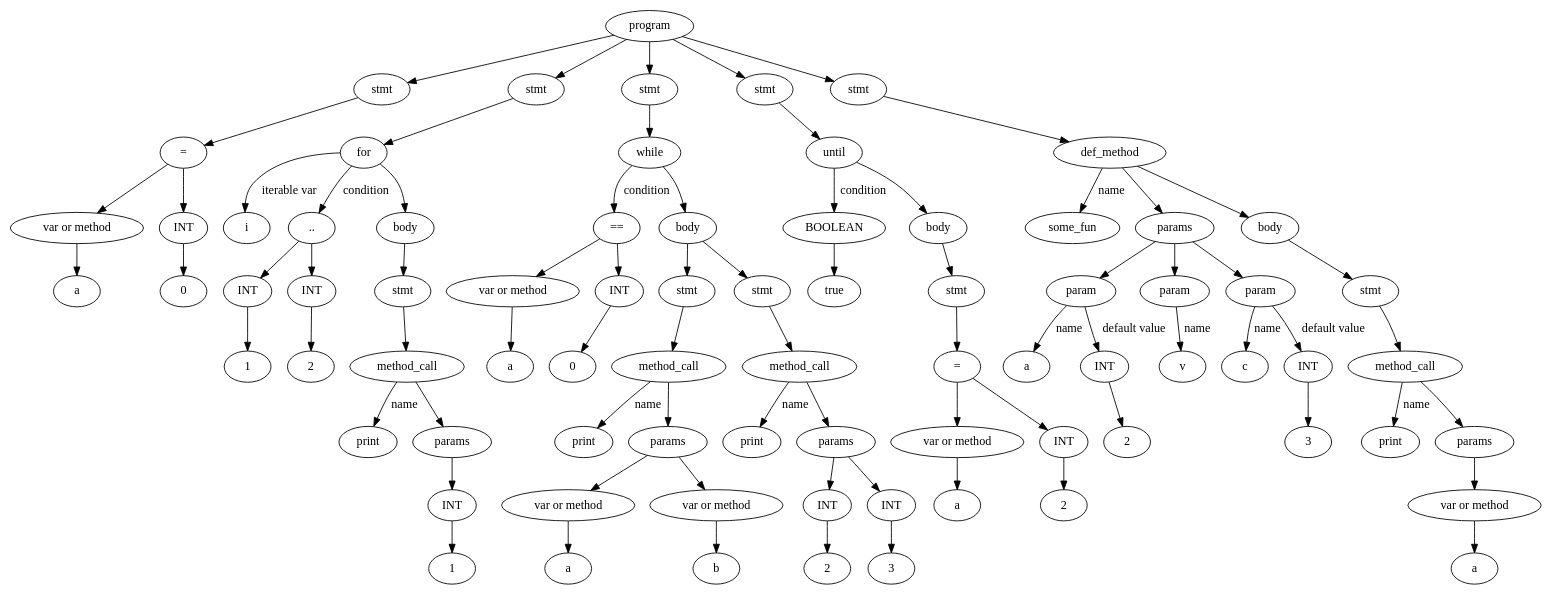
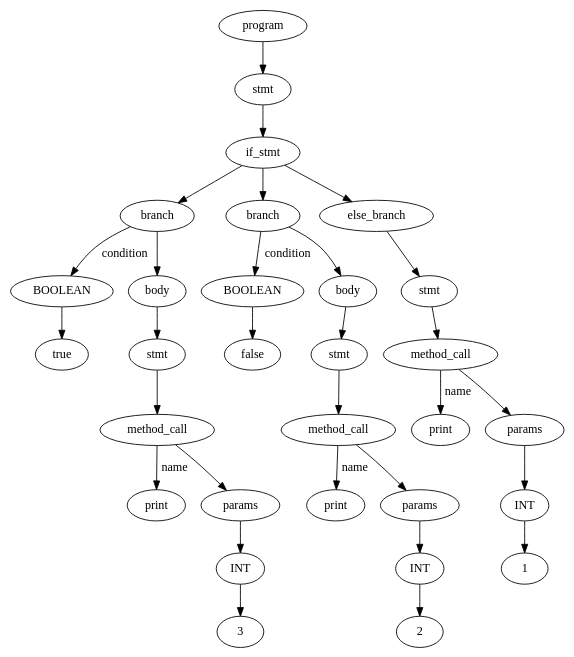
Before and after one commit to Kulakov-Nikita/RubyCompiler: the diagram in RubyCompiler/tree.dot, drawn with Graphviz. The commit also changed 2 other files, not shown here.

```diff
--- a/RubyCompiler/tree.dot
+++ b/RubyCompiler/tree.dot
@@ -1,157 +1,61 @@
 digraph G {
-Id00B442E8 [label="program"]
-Id00B304D0 [label="stmt"]
-Id00B3F048 [label="="]
-Id00B39B00 [label="var or method"]
-IdVal00B39B00 [label="a"]
-Id00B39B00->IdVal00B39B00
-Id00B39B50 [label="INT"]
-IdVal00B39B50 [label="0"]
-Id00B39B50->IdVal00B39B50
-Id00B3F048->Id00B39B00
-Id00B3F048->Id00B39B50
-Id00B304D0->Id00B3F048
-Id00B442E8->Id00B304D0
-Id00B42270 [label="stmt"]
-Id00B42C40 [label="for"]
-IdItersName00B42C40 [label="i"]
-Id00B42C40->IdItersName00B42C40  [label="iterable var"]
-Id00B42310 [label=".."]
-Id00B42770 [label="INT"]
-IdVal00B42770 [label="1"]
-Id00B42770->IdVal00B42770
-Id00B41FF0 [label="INT"]
-IdVal00B41FF0 [label="2"]
-Id00B41FF0->IdVal00B41FF0
-Id00B42310->Id00B42770
-Id00B42310->Id00B41FF0
-Id00B42C40->Id00B42310  [label="condition"]
-IdBody00B42C40 [label="body"]
-Id00B424F0 [label="stmt"]
-Id00B424A0 [label="method_call"]
-IdMethodNameVal00B424A0 [label="print"]
-Id00B424A0->IdMethodNameVal00B424A0 [label="name"]
-Id00B42BD0 [label="params"]
-Id00B424A0->Id00B42BD0
-Id00B42090 [label="INT"]
-IdVal00B42090 [label="1"]
-Id00B42090->IdVal00B42090
-Id00B42BD0->Id00B42090
-Id00B424F0->Id00B424A0
-IdBody00B42C40->Id00B424F0
-Id00B42C40->IdBody00B42C40
-Id00B42270->Id00B42C40
-Id00B442E8->Id00B42270
-Id00B426D0 [label="stmt"]
-Id00B42E10 [label="while"]
-Id00B420E0 [label="=="]
-Id00B42040 [label="var or method"]
-IdVal00B42040 [label="a"]
-Id00B42040->IdVal00B42040
-Id00B42400 [label="INT"]
-IdVal00B42400 [label="0"]
-Id00B42400->IdVal00B42400
-Id00B420E0->Id00B42040
-Id00B420E0->Id00B42400
-Id00B42E10->Id00B420E0 [label="condition"]
-Id00B42DB0 [label="body"]
-Id00B42E10->Id00B42DB0
-Id00B42540 [label="stmt"]
-Id00B42360 [label="method_call"]
-IdMethodNameVal00B42360 [label="print"]
-Id00B42360->IdMethodNameVal00B42360 [label="name"]
-Id00B42D10 [label="params"]
-Id00B42360->Id00B42D10
-Id00B42590 [label="var or method"]
-IdVal00B42590 [label="a"]
-Id00B42590->IdVal00B42590
-Id00B42D10->Id00B42590
-Id00B422C0 [label="var or method"]
-IdVal00B422C0 [label="b"]
-Id00B422C0->IdVal00B422C0
-Id00B42D10->Id00B422C0
-Id00B42540->Id00B42360
-Id00B42DB0->Id00B42540
-Id00B42680 [label="stmt"]
-Id00B42630 [label="method_call"]
-IdMethodNameVal00B42630 [label="print"]
-Id00B42630->IdMethodNameVal00B42630 [label="name"]
-Id00B43120 [label="params"]
-Id00B42630->Id00B43120
-Id00B425E0 [label="INT"]
-IdVal00B425E0 [label="2"]
-Id00B425E0->IdVal00B425E0
-Id00B43120->Id00B425E0
-Id00B42450 [label="INT"]
-IdVal00B42450 [label="3"]
-Id00B42450->IdVal00B42450
-Id00B43120->Id00B42450
-Id00B42680->Id00B42630
-Id00B42DB0->Id00B42680
-Id00B426D0->Id00B42E10
-Id00B442E8->Id00B426D0
-Id00B42220 [label="stmt"]
-Id00B43040 [label="until"]
-Id00B423B0 [label="BOOLEAN"]
-IdVal00B423B0 [label="true"]
-Id00B423B0->IdVal00B423B0
-Id00B43040->Id00B423B0 [label="condition"]
-Id00B43008 [label="body"]
-Id00B43040->Id00B43008
-Id00B421D0 [label="stmt"]
-Id00B42180 [label="="]
-Id00B42130 [label="var or method"]
-IdVal00B42130 [label="a"]
-Id00B42130->IdVal00B42130
-Id00B42720 [label="INT"]
-IdVal00B42720 [label="2"]
-Id00B42720->IdVal00B42720
-Id00B42180->Id00B42130
-Id00B42180->Id00B42720
-Id00B421D0->Id00B42180
-Id00B43008->Id00B421D0
-Id00B42220->Id00B43040
-Id00B442E8->Id00B42220
-Id00B43780 [label="stmt"]
-Id00B43190 [label="def_method"]
-IdName00B43190 [label="some_fun"]
-Id00B43190->IdName00B43190 [label = "name"]
-Id00B42E48 [label="params"]
-Id00B42EB8 [label="param"]
-Id00B42E48->Id00B42EB8
-IdNameVal00B42EB8 [label="a"]
-Id00B42EB8->IdNameVal00B42EB8 [label="name"]
-Id00B43B40 [label="INT"]
-IdVal00B43B40 [label="2"]
-Id00B43B40->IdVal00B43B40
-Id00B42EB8->Id00B43B40 [label="default value"]
-Id00B43078 [label="param"]
-Id00B42E48->Id00B43078
-IdNameVal00B43078 [label="v"]
-Id00B43078->IdNameVal00B43078 [label="name"]
-Id00B430B0 [label="param"]
-Id00B42E48->Id00B430B0
-IdNameVal00B430B0 [label="c"]
-Id00B430B0->IdNameVal00B430B0 [label="name"]
-Id00B437D0 [label="INT"]
-IdVal00B437D0 [label="3"]
-Id00B437D0->IdVal00B437D0
-Id00B430B0->Id00B437D0 [label="default value"]
-Id00B43190->Id00B42E48
-Id00B42F98 [label="body"]
-Id00B43C30 [label="stmt"]
-Id00B43320 [label="method_call"]
-IdMethodNameVal00B43320 [label="print"]
-Id00B43320->IdMethodNameVal00B43320 [label="name"]
-Id00B42F28 [label="params"]
-Id00B43320->Id00B42F28
-Id00B43820 [label="var or method"]
-IdVal00B43820 [label="a"]
-Id00B43820->IdVal00B43820
-Id00B42F28->Id00B43820
-Id00B43C30->Id00B43320
-Id00B42F98->Id00B43C30
-Id00B43190->Id00B42F98
-Id00B43780->Id00B43190
-Id00B442E8->Id00B43780
+Id011B9AE0 [label="program"]
+Id011C21A0 [label="stmt"]
+Id011C2F80 [label="if_stmt"]
+Id011B9AA8 [label="branch"]
+Id011B98C0 [label="BOOLEAN"]
+IdVal011B98C0 [label="true"]
+Id011B98C0->IdVal011B98C0
+Id011B9AA8->Id011B98C0  [label="condition"]
+IdBody011B9AA8 [label="body"]
+Id011B9A20 [label="stmt"]
+Id011B99D0 [label="method_call"]
+IdMethodNameVal011B99D0 [label="print"]
+Id011B99D0->IdMethodNameVal011B99D0 [label="name"]
+Id011B9998 [label="params"]
+Id011B99D0->Id011B9998
+Id011B9948 [label="INT"]
+IdVal011B9948 [label="3"]
+Id011B9948->IdVal011B9948
+Id011B9998->Id011B9948
+Id011B9A20->Id011B99D0
+IdBody011B9AA8->Id011B9A20
+Id011B9AA8->IdBody011B9AA8
+Id011C2F80->Id011B9AA8
+Id011B0578 [label="branch"]
+Id011C20B0 [label="BOOLEAN"]
+IdVal011C20B0 [label="false"]
+Id011C20B0->IdVal011C20B0
+Id011B0578->Id011C20B0  [label="condition"]
+IdBody011B0578 [label="body"]
+Id011C2240 [label="stmt"]
+Id011C2560 [label="method_call"]
+IdMethodNameVal011C2560 [label="print"]
+Id011C2560->IdMethodNameVal011C2560 [label="name"]
+Id011B0508 [label="params"]
+Id011C2560->Id011B0508
+Id011C2150 [label="INT"]
+IdVal011C2150 [label="2"]
+Id011C2150->IdVal011C2150
+Id011B0508->Id011C2150
+Id011C2240->Id011C2560
+IdBody011B0578->Id011C2240
+Id011B0578->IdBody011B0578
+Id011C2F80->Id011B0578
+IdElse011C2DF8 [label="else_branch"]
+Id011C1FC0 [label="stmt"]
+Id011C2100 [label="method_call"]
+IdMethodNameVal011C2100 [label="print"]
+Id011C2100->IdMethodNameVal011C2100 [label="name"]
+Id011C2C38 [label="params"]
+Id011C2100->Id011C2C38
+Id011C21F0 [label="INT"]
+IdVal011C21F0 [label="1"]
+Id011C21F0->IdVal011C21F0
+Id011C2C38->Id011C21F0
+Id011C1FC0->Id011C2100
+IdElse011C2DF8->Id011C1FC0
+Id011C2F80->IdElse011C2DF8
+Id011C21A0->Id011C2F80
+Id011B9AE0->Id011C21A0
 }
```
